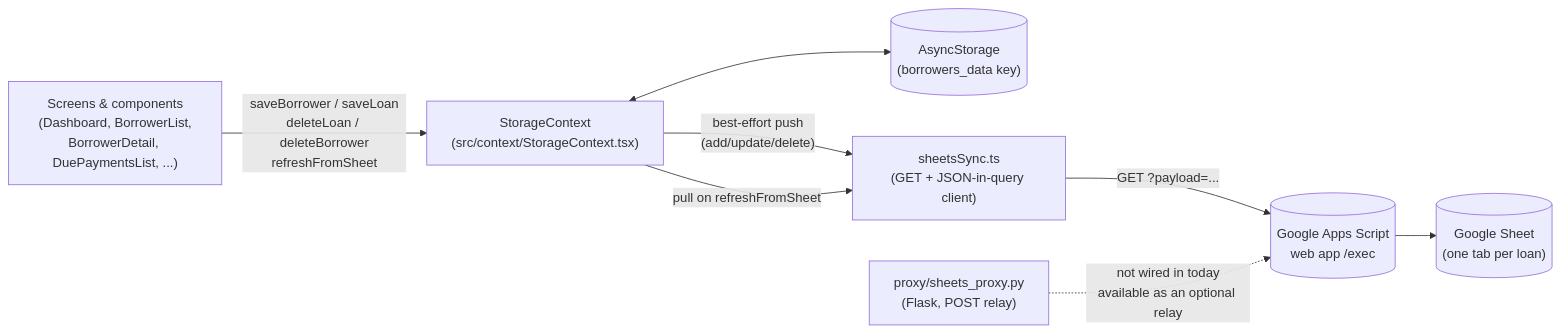
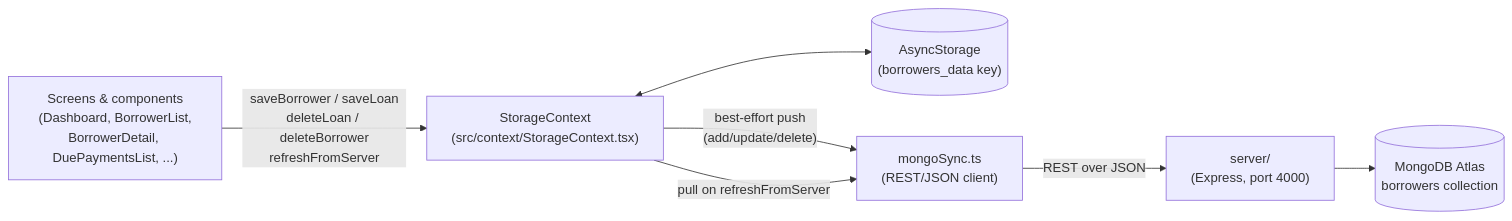
Before and after one commit to Heethjain14/SimpleInterestCalculator: the diagram in docs/ARCHITECTURE.md, drawn with Mermaid. The commit also changed other lines of this file and 18 other files, not shown here.

First line of the commit message:
Wire up MongoDB Atlas via a self-hosted Express API, replacing Sheets sync

````diff
--- a/docs/ARCHITECTURE.md
+++ b/docs/ARCHITECTURE.md
@@ -143,18 +151,16 @@
 ```mermaid
 flowchart LR
     UI["Screens & components\n(Dashboard, BorrowerList,\nBorrowerDetail, DuePaymentsList, ...)"]
     Ctx["StorageContext\n(src/context/StorageContext.tsx)"]
     Async[("AsyncStorage\n(borrowers_data key)")]
-    Sync["sheetsSync.ts\n(GET + JSON-in-query client)"]
-    Apps[("Google Apps Script\nweb app /exec")]
-    Sheet[("Google Sheet\n(one tab per loan)")]
-    Proxy["proxy/sheets_proxy.py\n(Flask, POST relay)"]
+    Sync["mongoSync.ts\n(REST/JSON client)"]
+    Api["server/\n(Express, port 4000)"]
+    Mongo[("MongoDB Atlas\nborrowers collection")]
 
-    UI -- "saveBorrower / saveLoan\ndeleteLoan / deleteBorrower\nrefreshFromSheet" --> Ctx
+    UI -- "saveBorrower / saveLoan\ndeleteLoan / deleteBorrower\nrefreshFromServer" --> Ctx
     Ctx <--> Async
     Ctx -- "best-effort push\n(add/update/delete)" --> Sync
-    Ctx -- "pull on refreshFromSheet" --> Sync
-    Sync -- "GET ?payload=..." --> Apps
-    Apps --> Sheet
-    Proxy -. "not wired in today\navailable as an optional relay" .-> Apps
+    Ctx -- "pull on refreshFromServer" --> Sync
+    Sync -- "REST over JSON" --> Api
+    Api --> Mongo
 ```
````
